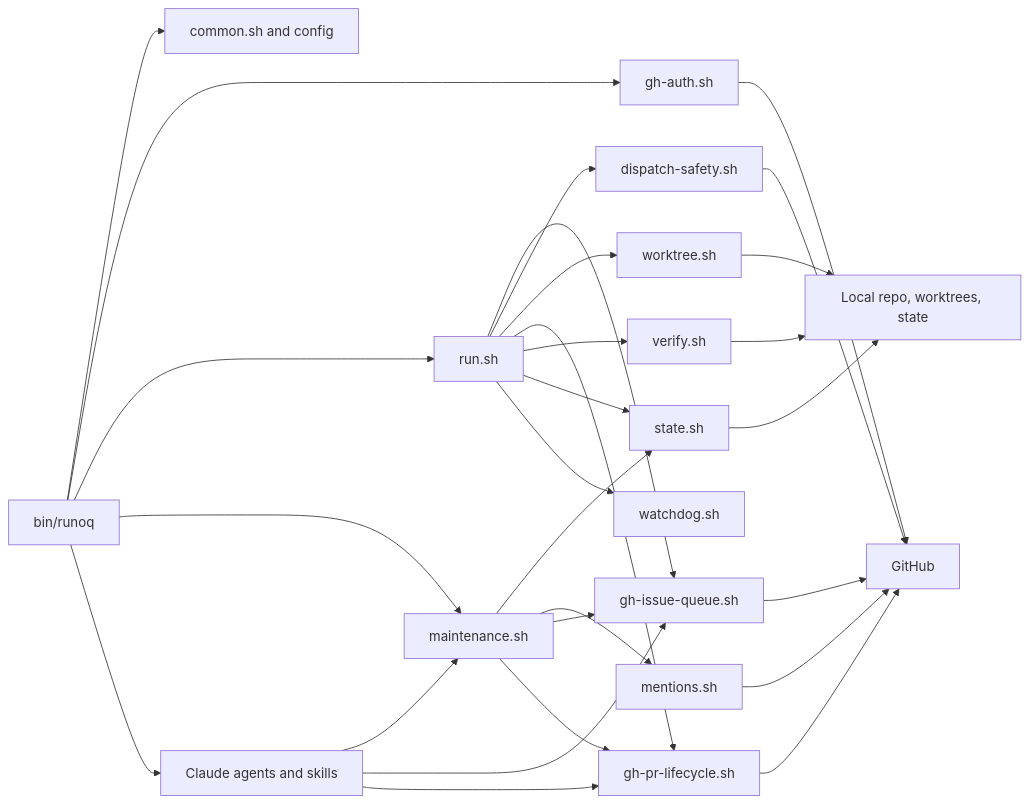
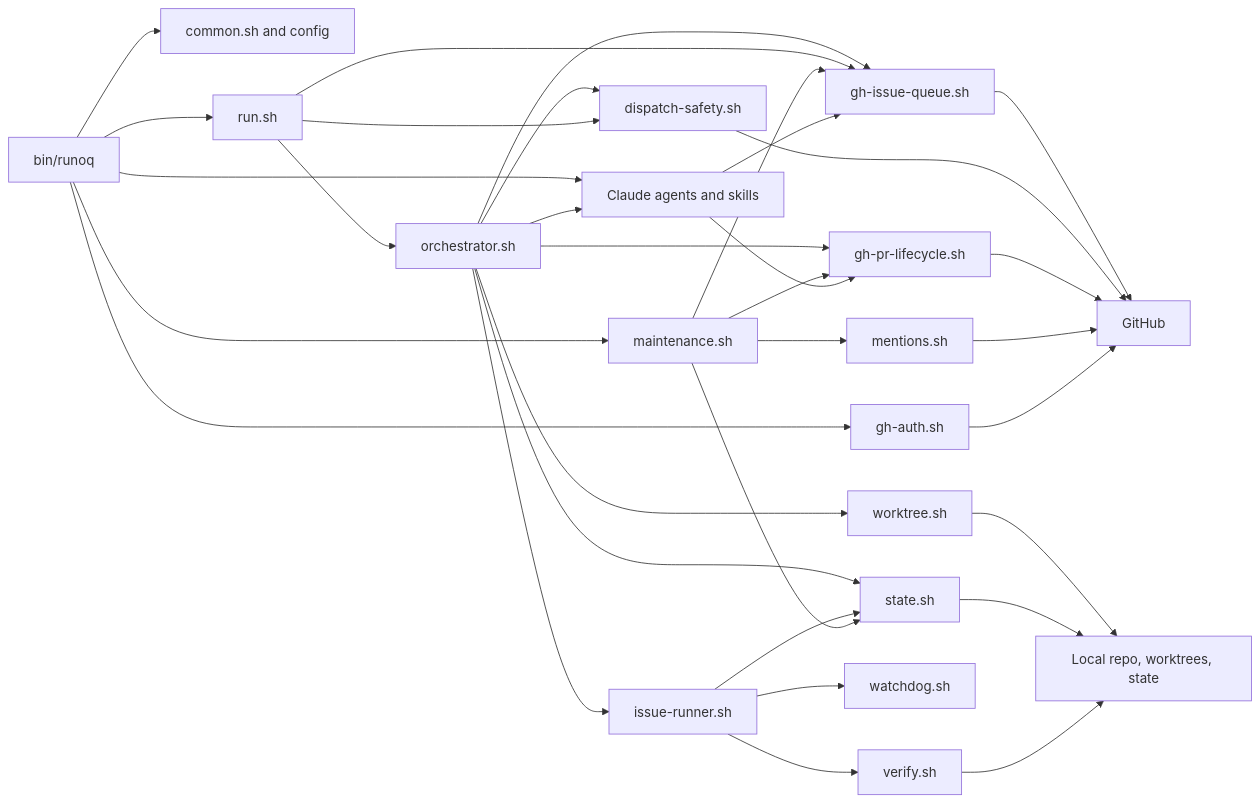
One commit to morhekil/runoq changed the third of 3 diagrams in docs/architecture/overview.md. Above: the diagram before and after it, drawn with Mermaid. The commit also changed other lines of this file and 6 other files, not shown here.

Commit message:
Document adversarial workflow: ADR, architecture updates, reference docs

````diff
--- a/docs/architecture/overview.md
+++ b/docs/architecture/overview.md
@@ -82,47 +82,54 @@
 ```mermaid
 flowchart LR
   cli[bin/runoq]
   common[common.sh and config]
   auth[gh-auth.sh]
   queue[gh-issue-queue.sh]
   safety[dispatch-safety.sh]
   worktree[worktree.sh]
   pr[gh-pr-lifecycle.sh]
   run[run.sh]
+  orchestrator[orchestrator.sh]
+  issuerunner[issue-runner.sh]
   verify[verify.sh]
   state[state.sh]
   maint[maintenance.sh]
   mentions[mentions.sh]
   watchdog[watchdog.sh]
   agents[Claude agents and skills]
   github[GitHub]
   fs[Local repo, worktrees, state]
 
   cli --> common
   cli --> auth
   cli --> run
   cli --> maint
   cli --> agents
+  run --> orchestrator
+  orchestrator --> queue
+  orchestrator --> safety
+  orchestrator --> worktree
+  orchestrator --> pr
+  orchestrator --> issuerunner
+  orchestrator --> state
+  orchestrator --> agents
+  issuerunner --> verify
+  issuerunner --> state
+  issuerunner --> watchdog
   run --> queue
   run --> safety
-  run --> worktree
-  run --> pr
-  run --> verify
-  run --> state
-  run --> watchdog
   maint --> state
   maint --> mentions
   maint --> queue
   maint --> pr
-  agents --> maint
   agents --> queue
   agents --> pr
   queue --> github
   safety --> github
   pr --> github
   mentions --> github
   auth --> github
   worktree --> fs
   state --> fs
   verify --> fs
 ```
````
